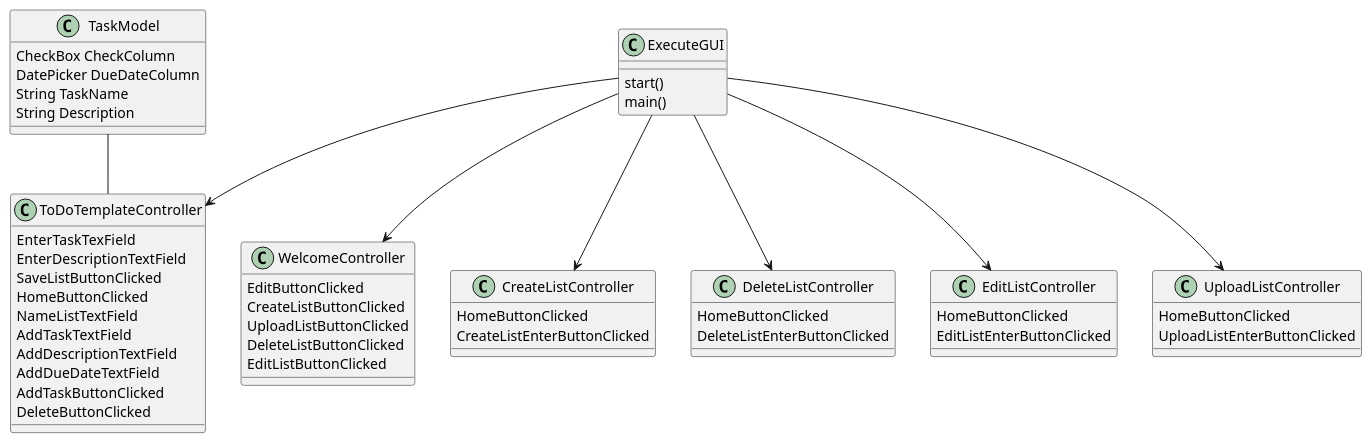
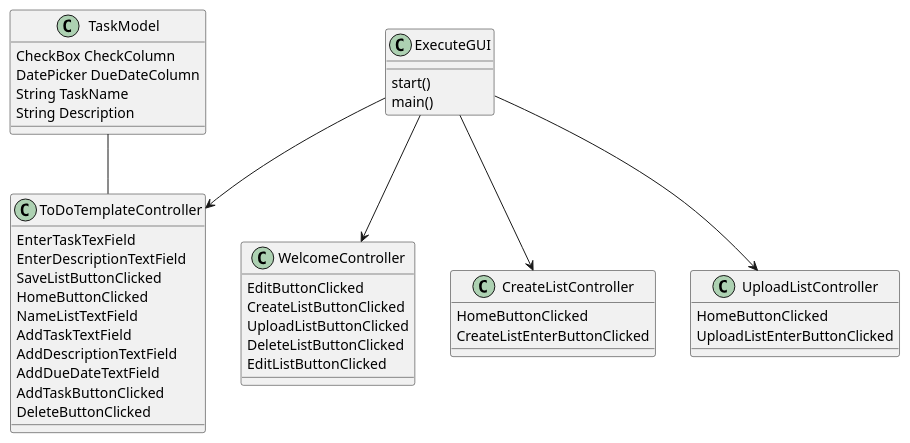
Before and after one commit to korinneramcharitar/Ramcharitar-cop3330-assignment4part2: the diagram in UML/ToDoList.puml, drawn with PlantUML. The commit also changed 15 other files, not shown here.

```diff
--- a/UML/ToDoList.puml
+++ b/UML/ToDoList.puml
@@ -1,67 +1,58 @@
 @startuml
 Class ToDoTemplateController{
 EnterTaskTexField
 EnterDescriptionTextField
 SaveListButtonClicked
 HomeButtonClicked
 NameListTextField
 AddTaskTextField
 AddDescriptionTextField
 AddDueDateTextField
 AddTaskButtonClicked
 DeleteButtonClicked
 }
 
 Class TaskModel{
 CheckBox CheckColumn
 DatePicker DueDateColumn
 String TaskName
 String Description
 }
 
 Class WelcomeController{
 EditButtonClicked
 CreateListButtonClicked
 UploadListButtonClicked
 DeleteListButtonClicked
 EditListButtonClicked
 }
 
 Class CreateListController{
 HomeButtonClicked
 CreateListEnterButtonClicked
 }
 
-Class DeleteListController{
-HomeButtonClicked
-DeleteListEnterButtonClicked
-}
 
-Class EditListController{
-HomeButtonClicked
-EditListEnterButtonClicked
-}
+
 
 Class UploadListController{
 HomeButtonClicked
 UploadListEnterButtonClicked
 }
 Class ExecuteGUI{
 start()
 main()
 }
 ExecuteGUI-->UploadListController
 ExecuteGUI-->CreateListController
-ExecuteGUI-->DeleteListController
-ExecuteGUI-->EditListController
 ExecuteGUI-->ToDoTemplateController
 ExecuteGUI-->WelcomeController
 
 TaskModel--ToDoTemplateController
 
 
 
 
 
 
 @enduml
```
